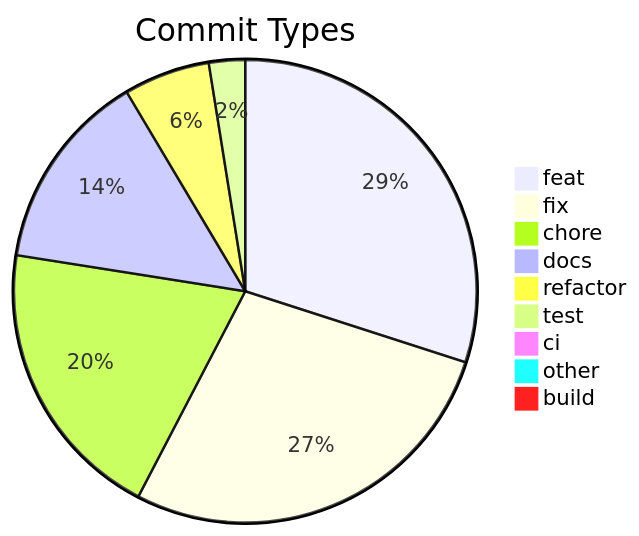
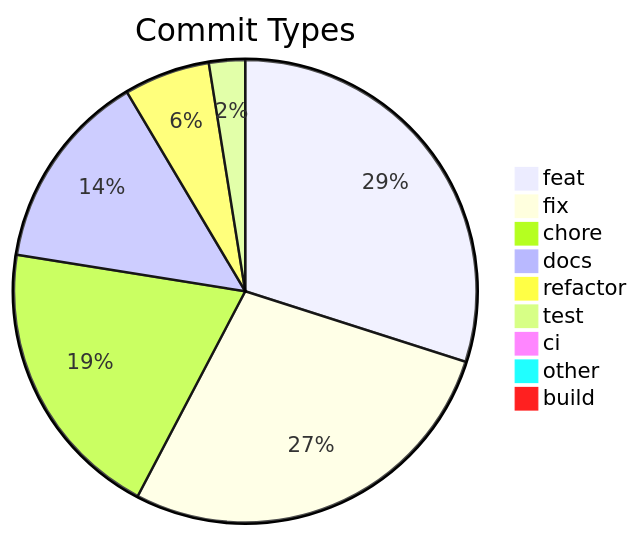
The diagram in .shipwright/compliance/change-history.md (svenroth-ai/shipwright), drawn with Mermaid before and after one commit. The commit also changed other lines of this file and 5 other files, not shown here.

````diff
--- a/.shipwright/compliance/change-history.md
+++ b/.shipwright/compliance/change-history.md
@@ -8,12 +8,12 @@
 ```mermaid
 pie title Commit Types
     "feat" : 249
-    "fix" : 230
+    "fix" : 231
     "chore" : 165
     "docs" : 116
     "refactor" : 50
     "test" : 21
     "ci" : 7
     "other" : 7
     "build" : 1
 ```
````
